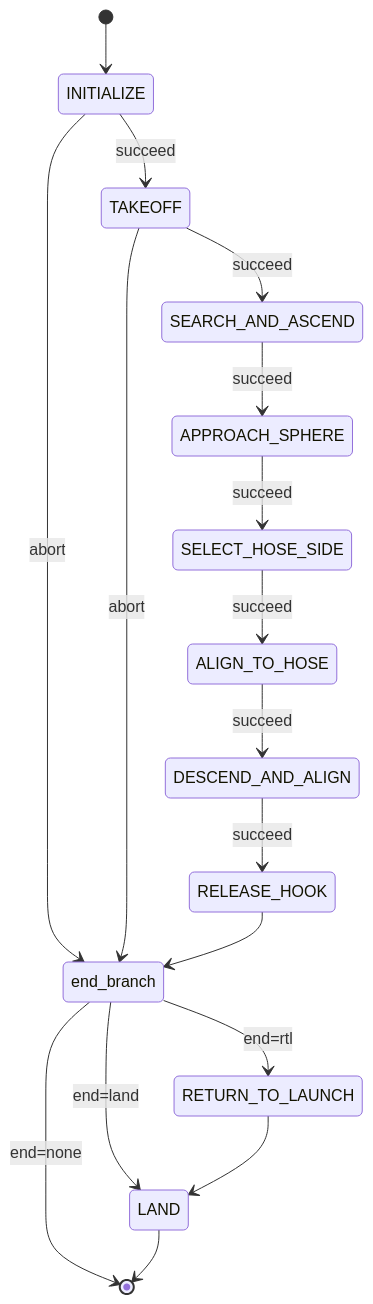
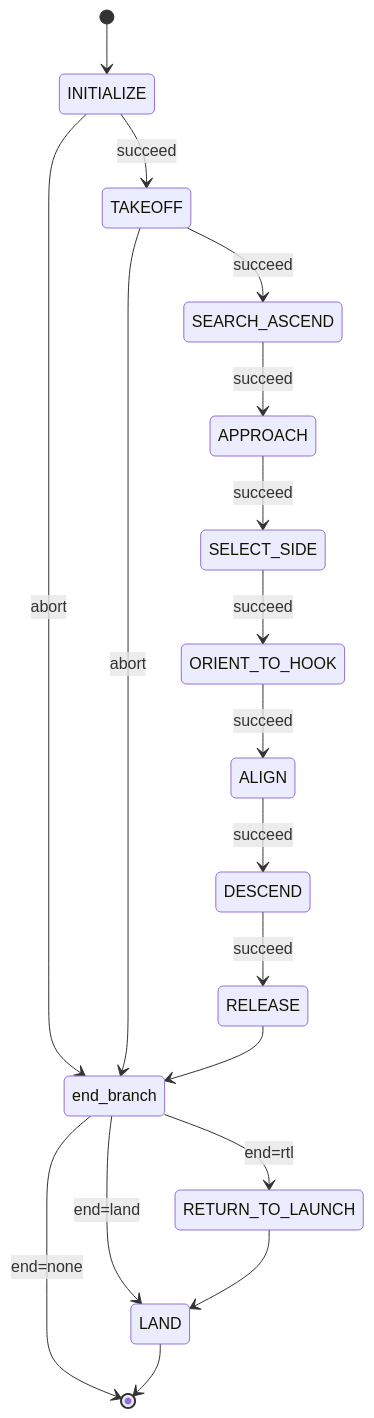
Before and after one commit to Black-Bee-Drones/SAE-2026: the diagram in hook/README.md, drawn with Mermaid. The commit also changed other lines of this file and 12 other files, not shown here.

````diff
--- a/hook/README.md
+++ b/hook/README.md
@@ -37,19 +89,20 @@
 ```mermaid
 stateDiagram-v2
     [*] --> INITIALIZE
     INITIALIZE --> TAKEOFF: succeed
     INITIALIZE --> end_branch: abort
-    TAKEOFF --> SEARCH_AND_ASCEND: succeed
+    TAKEOFF --> SEARCH_ASCEND: succeed
     TAKEOFF --> end_branch: abort
-    SEARCH_AND_ASCEND --> APPROACH_SPHERE: succeed
-    APPROACH_SPHERE --> SELECT_HOSE_SIDE: succeed
-    SELECT_HOSE_SIDE --> ALIGN_TO_HOSE: succeed
-    ALIGN_TO_HOSE --> DESCEND_AND_ALIGN: succeed
-    DESCEND_AND_ALIGN --> RELEASE_HOOK: succeed
-    RELEASE_HOOK --> end_branch
+    SEARCH_ASCEND --> APPROACH: succeed
+    APPROACH --> SELECT_SIDE: succeed
+    SELECT_SIDE --> ORIENT_TO_HOOK: succeed
+    ORIENT_TO_HOOK --> ALIGN: succeed
+    ALIGN --> DESCEND: succeed
+    DESCEND --> RELEASE: succeed
+    RELEASE --> end_branch
     end_branch --> RETURN_TO_LAUNCH: end=rtl
     end_branch --> LAND: end=land
     end_branch --> [*]: end=none
     RETURN_TO_LAUNCH --> LAND
     LAND --> [*]
 ```
````
